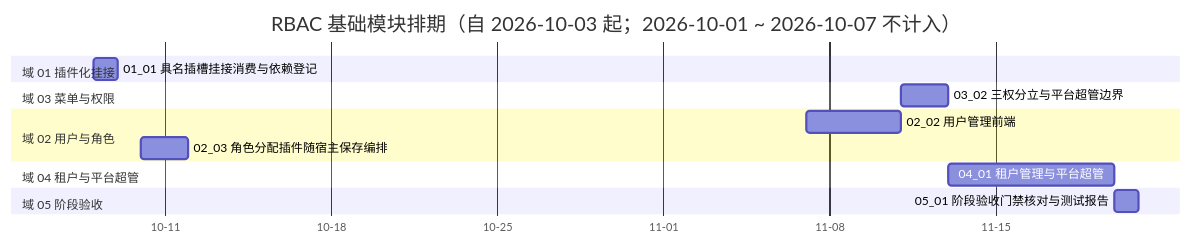
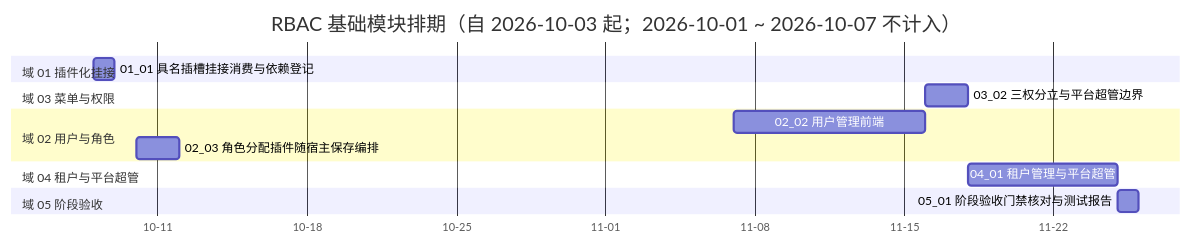
The diagram in bms文档/项目/07_RBAC基础模块/计划/01_计划_RBAC基础模块.md (minjian123/basic-management-system), drawn with Mermaid before and after one commit. The commit also changed other lines of this file and 8 other files, not shown here.

````diff
--- a/bms文档/项目/07_RBAC基础模块/计划/01_计划_RBAC基础模块.md
+++ b/bms文档/项目/07_RBAC基础模块/计划/01_计划_RBAC基础模块.md
@@ -52,17 +52,17 @@
 ```mermaid
 gantt
     title RBAC 基础模块排期（自 2026-10-03 起；2026-10-01 ~ 2026-10-07 不计入）
     dateFormat  YYYY-MM-DD
     axisFormat %m-%d
     section 域 01 插件化挂接
     01_01 具名插槽挂接消费与依赖登记 :a0101, 2026-10-08, 1d
     section 域 03 菜单与权限
-    03_02 三权分立与平台超管边界 :a0302, 2026-11-11, 2d
+    03_02 三权分立与平台超管边界 :a0302, 2026-11-16, 2d
     section 域 02 用户与角色
-    02_02 用户管理前端 :a0202, 2026-11-07, 4d
+    02_02 用户管理前端 :a0202, 2026-11-07, 9d
     02_03 角色分配插件随宿主保存编排 :a0203b, 2026-10-10, 2d
     section 域 04 租户与平台超管
-    04_01 租户管理与平台超管 :a0401, 2026-11-13, 7d
+    04_01 租户管理与平台超管 :a0401, 2026-11-18, 7d
     section 域 05 阶段验收
-    05_01 阶段验收门禁核对与测试报告 :a0501, 2026-11-20, 1d
+    05_01 阶段验收门禁核对与测试报告 :a0501, 2026-11-25, 1d
 ```
````
